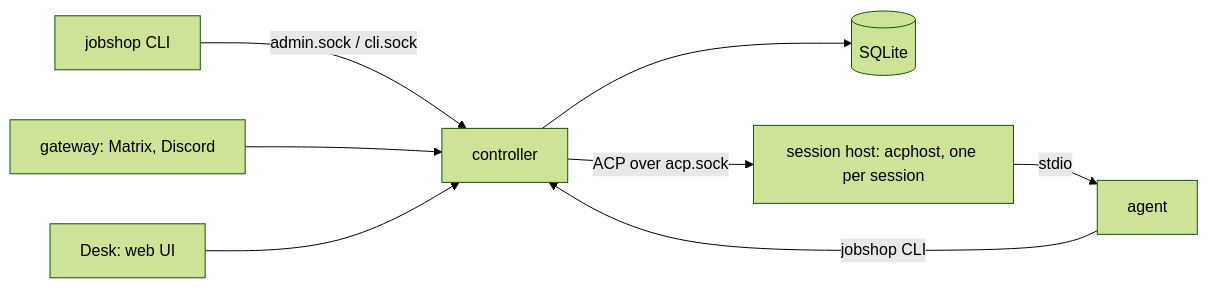
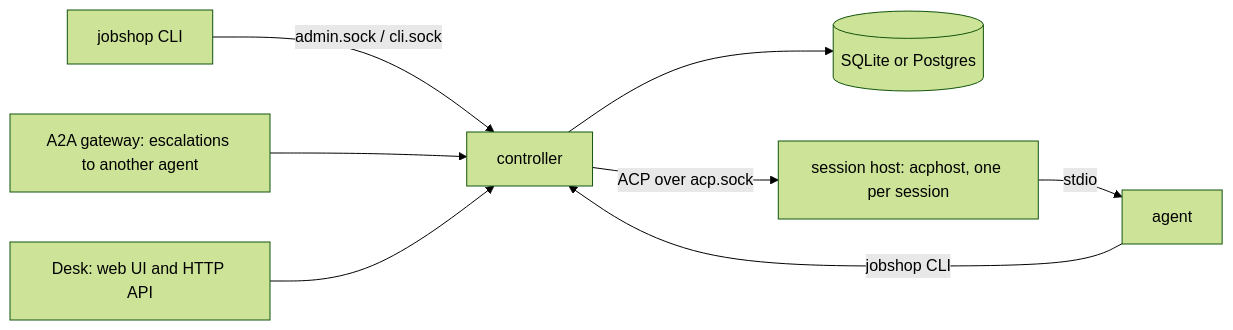
One commit to elee1766/jobshop changed the diagram in README.md. Above: the diagram before and after it, drawn with Mermaid (forest theme). The commit also changed other lines of this file and 28 other files, not shown here.

Commit message:
feat(gateway)!: remove Matrix and Discord gateways, keep A2A and Desk (#766)

````diff
--- a/README.md
+++ b/README.md
@@ -22,10 +22,10 @@
 ```mermaid
 flowchart LR
   CLI[jobshop CLI] -- admin.sock / cli.sock --> C[controller]
-  C --> S[(SQLite)]
+  C --> S[(SQLite or Postgres)]
   C -- ACP over acp.sock --> H[session host: acphost, one per session]
   H -- stdio --> A[agent]
   A -- jobshop CLI --> C
-  G[gateway: Matrix, Discord] --> C
-  D[Desk: web UI] --> C
+  G[A2A gateway: escalations to another agent] --> C
+  D[Desk: web UI and HTTP API] --> C
 ```
````
